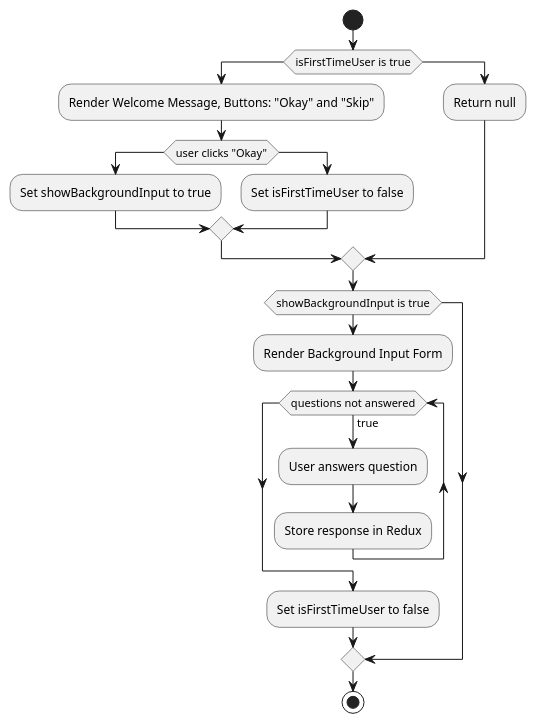
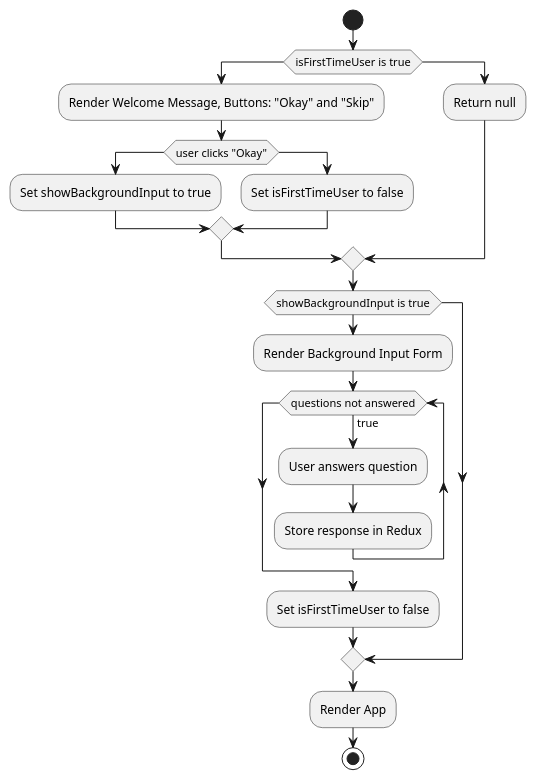
One commit to Windesheim-AI/UML-diagrams changed the diagram in tdd/background-collect-flow.puml. Above: the diagram before and after it, drawn with PlantUML.

Commit message:
feat: :construction: Added a "Render App" element before the end in the background-collect-flow

```diff
--- a/tdd/background-collect-flow.puml
+++ b/tdd/background-collect-flow.puml
@@ -1,27 +1,29 @@
 @startuml background-collect-flow
 
 start
 
 if (isFirstTimeUser is true) then
     :Render Welcome Message, Buttons: "Okay" and "Skip";
     if (user clicks "Okay") then
         :Set showBackgroundInput to true;
     else
         :Set isFirstTimeUser to false;
     endif
 else
     :Return null;
 endif
 
 if (showBackgroundInput is true) then
     :Render Background Input Form;
     while (questions not answered) is (true) 
         :User answers question;
         :Store response in Redux;
     endwhile
     :Set isFirstTimeUser to false;
 endif
 
+:Render App; 
+
 stop
 
 @enduml
```
